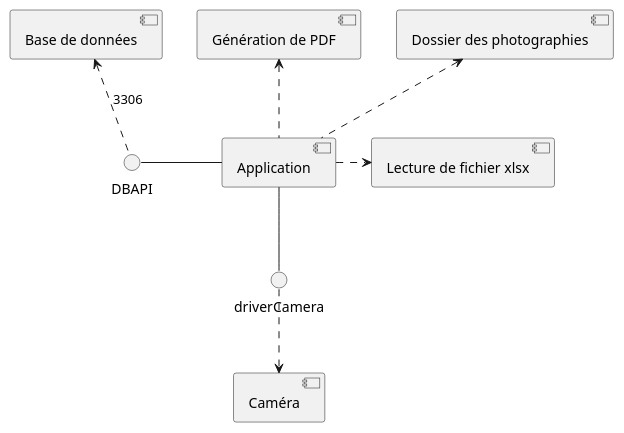
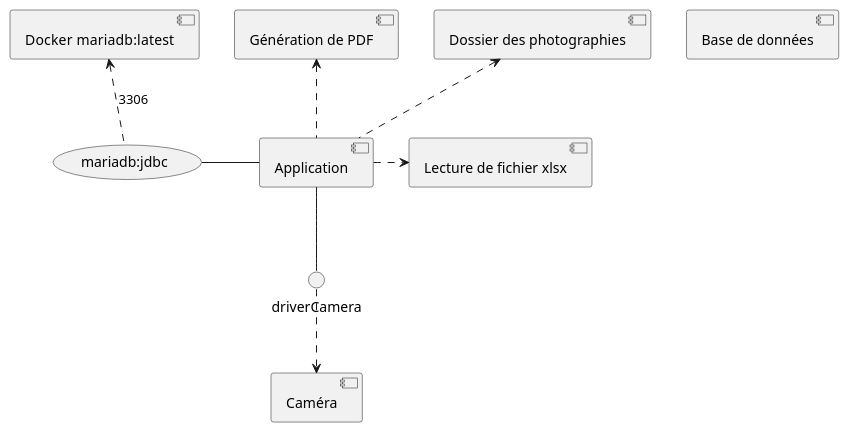
The diagram in Diagrammes/composants.wsd (pandadorable/Trombinoscope), drawn with PlantUML before and after one commit.

```diff
--- a/Diagrammes/composants.wsd
+++ b/Diagrammes/composants.wsd
@@ -1,16 +1,16 @@
 @startuml Diagrame composants
 [Base de données]
 [Caméra]
 [Dossier des photographies] as dossier
 [Génération de PDF] as pdf
 [Lecture de fichier xlsx] as xls
 interface driverCamera
 
-DBAPI - [Application]
+(mariadb:jdbc) - [Application]
 driverCamera -up- [Application]
 driverCamera .down.> [Caméra]
-DBAPI .up.> [Base de données] : 3306
+(mariadb:jdbc) .up.> [Docker  mariadb:latest] : 3306
 [Application] .up.> pdf
 [Application] .right.> xls
 [Application] .up.> dossier
 @enduml
```
